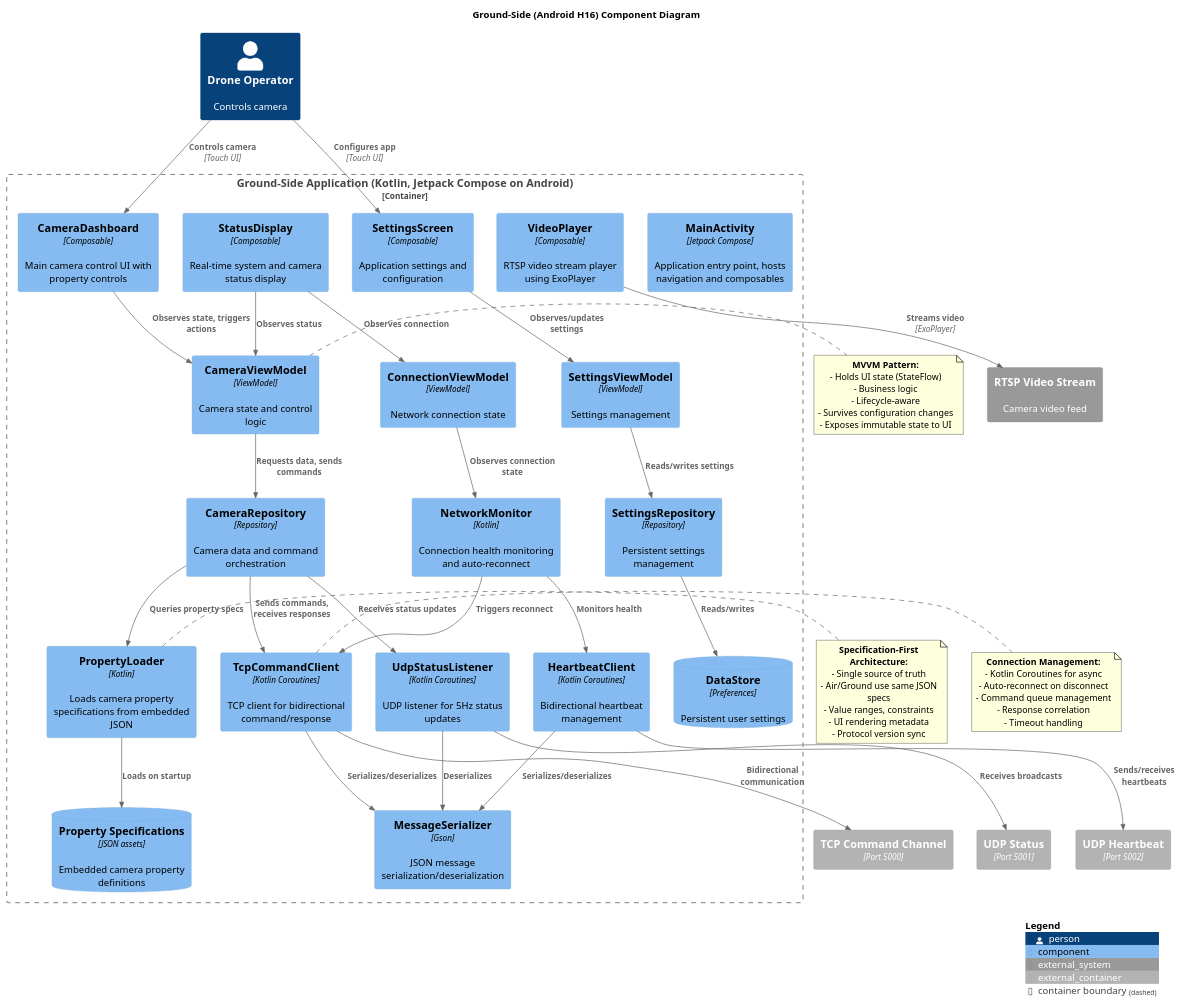
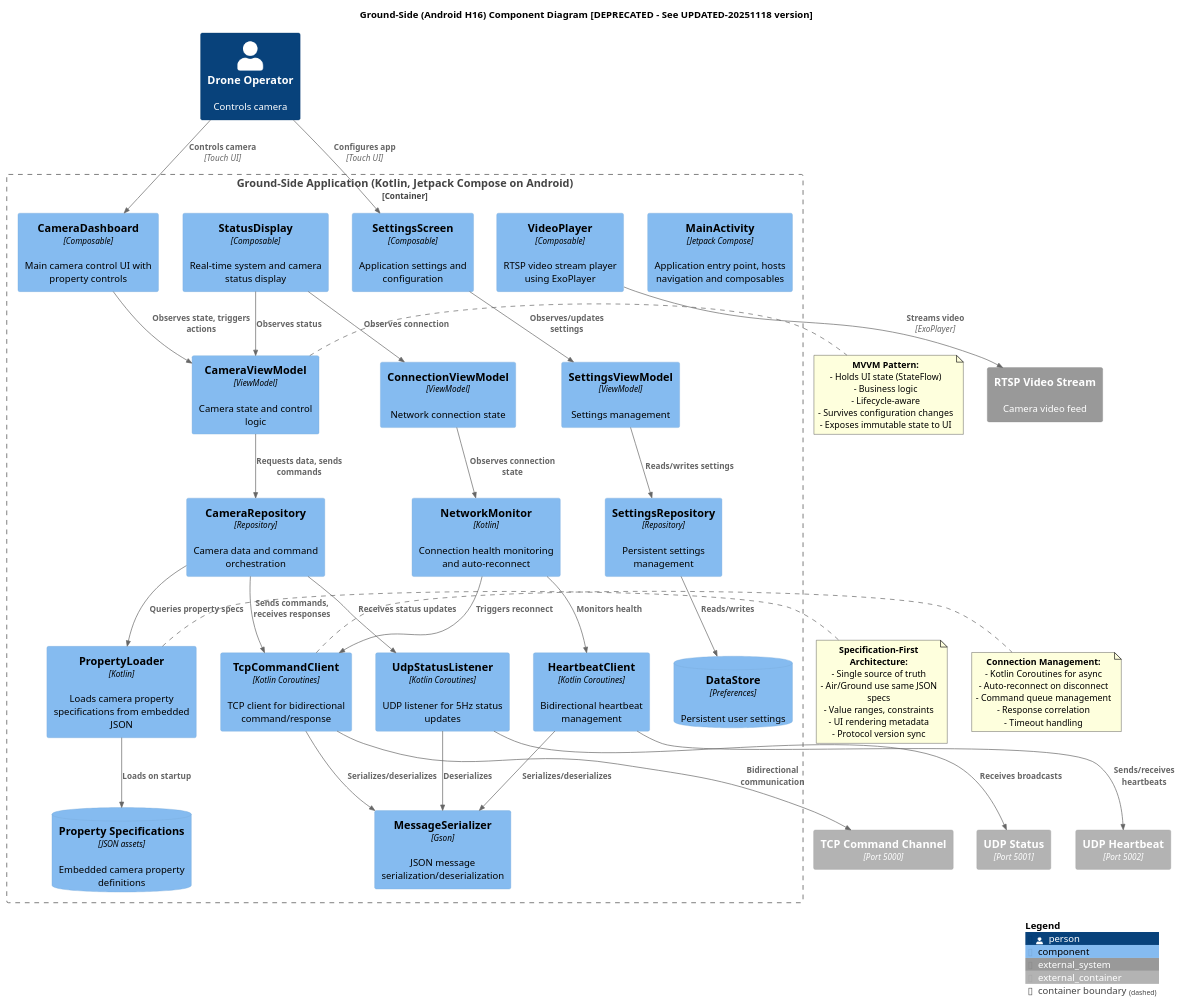
Before and after one commit to unmanned-systems-uk/DPM-V2: the diagram in docs/architecture/c4-level3-ground-side-components.puml, drawn with PlantUML. The commit also changed 4 other files, not shown here.

First line of the commit message:
[DOCS][ARCHITECTURE] Update Software Architecture Documentation v1.3

```diff
--- a/docs/architecture/c4-level3-ground-side-components.puml
+++ b/docs/architecture/c4-level3-ground-side-components.puml
@@ -1,112 +1,118 @@
 @startuml Ground-Side Component Diagram
 !include https://raw.githubusercontent.com/plantuml-stdlib/C4-PlantUML/master/C4_Component.puml
 
 ' Ground-Side Component Diagram (C4 Level 3)
 ' Shows internal components of the Ground-Side Android application
+'
+' **DEPRECATED:** 2025-11-18
+' **WHO:** CC-Ground-Side
+' **REASON:** Missing SystemTools logging integration components added in commit a2e3bdb
+' **USE INSTEAD:** c4-level3-ground-side-components-UPDATED-20251118.puml
+' **KEEPING FOR:** Historical reference, will be removed after validation period
 
-title Ground-Side (Android H16) Component Diagram
+title Ground-Side (Android H16) Component Diagram [DEPRECATED - See UPDATED-20251118 version]
 
 Container_Boundary(ground_side, "Ground-Side Application (Kotlin, Jetpack Compose on Android)") {
     ' UI Layer
     Component(main_activity, "MainActivity", "Jetpack Compose", "Application entry point, hosts navigation and composables")
     Component(camera_dashboard, "CameraDashboard", "Composable", "Main camera control UI with property controls")
     Component(settings_screen, "SettingsScreen", "Composable", "Application settings and configuration")
     Component(status_display, "StatusDisplay", "Composable", "Real-time system and camera status display")
     Component(video_player, "VideoPlayer", "Composable", "RTSP video stream player using ExoPlayer")
 
     ' ViewModel Layer (MVVM)
     Component(camera_viewmodel, "CameraViewModel", "ViewModel", "Camera state and control logic")
     Component(settings_viewmodel, "SettingsViewModel", "ViewModel", "Settings management")
     Component(connection_viewmodel, "ConnectionViewModel", "ViewModel", "Network connection state")
 
     ' Repository Layer
     Component(camera_repository, "CameraRepository", "Repository", "Camera data and command orchestration")
     Component(settings_repository, "SettingsRepository", "Repository", "Persistent settings management")
 
     ' Network Layer
     Component(tcp_client, "TcpCommandClient", "Kotlin Coroutines", "TCP client for bidirectional command/response")
     Component(udp_listener, "UdpStatusListener", "Kotlin Coroutines", "UDP listener for 5Hz status updates")
     Component(heartbeat_client, "HeartbeatClient", "Kotlin Coroutines", "Bidirectional heartbeat management")
     Component(network_monitor, "NetworkMonitor", "Kotlin", "Connection health monitoring and auto-reconnect")
 
     ' Data Layer
     Component(property_loader, "PropertyLoader", "Kotlin", "Loads camera property specifications from embedded JSON")
     Component(message_serializer, "MessageSerializer", "Gson", "JSON message serialization/deserialization")
 
     ComponentDb(property_specs, "Property Specifications", "JSON assets", "Embedded camera property definitions")
     ComponentDb(datastore, "DataStore", "Preferences", "Persistent user settings")
 }
 
 Person(operator, "Drone Operator", "Controls camera")
 Container_Ext(tcp_channel, "TCP Command Channel", "Port 5000")
 Container_Ext(udp_status, "UDP Status", "Port 5001")
 Container_Ext(udp_heartbeat, "UDP Heartbeat", "Port 5002")
 System_Ext(rtsp_stream, "RTSP Video Stream", "Camera video feed")
 
 ' Operator interaction
 Rel(operator, camera_dashboard, "Controls camera", "Touch UI")
 Rel(operator, settings_screen, "Configures app", "Touch UI")
 
 ' UI → ViewModel (MVVM pattern)
 Rel(camera_dashboard, camera_viewmodel, "Observes state, triggers actions")
 Rel(settings_screen, settings_viewmodel, "Observes/updates settings")
 Rel(status_display, camera_viewmodel, "Observes status")
 Rel(status_display, connection_viewmodel, "Observes connection")
 Rel(video_player, rtsp_stream, "Streams video", "ExoPlayer")
 
 ' ViewModel → Repository
 Rel(camera_viewmodel, camera_repository, "Requests data, sends commands")
 Rel(settings_viewmodel, settings_repository, "Reads/writes settings")
 Rel(connection_viewmodel, network_monitor, "Observes connection state")
 
 ' Repository → Network
 Rel(camera_repository, tcp_client, "Sends commands, receives responses")
 Rel(camera_repository, udp_listener, "Receives status updates")
 Rel(camera_repository, property_loader, "Queries property specs")
 
 ' Network Layer
 Rel(tcp_client, tcp_channel, "Bidirectional communication")
 Rel(udp_listener, udp_status, "Receives broadcasts")
 Rel(heartbeat_client, udp_heartbeat, "Sends/receives heartbeats")
 Rel(network_monitor, heartbeat_client, "Monitors health")
 Rel(network_monitor, tcp_client, "Triggers reconnect")
 
 ' Serialization
 Rel(tcp_client, message_serializer, "Serializes/deserializes")
 Rel(udp_listener, message_serializer, "Deserializes")
 Rel(heartbeat_client, message_serializer, "Serializes/deserializes")
 
 ' Data access
 Rel(property_loader, property_specs, "Loads on startup")
 Rel(settings_repository, datastore, "Reads/writes")
 
 SHOW_LEGEND()
 
 note right of camera_viewmodel
   **MVVM Pattern:**
   - Holds UI state (StateFlow)
   - Business logic
   - Lifecycle-aware
   - Survives configuration changes
   - Exposes immutable state to UI
 end note
 
 note right of property_loader
   **Specification-First Architecture:**
   - Single source of truth
   - Air/Ground use same JSON specs
   - Value ranges, constraints
   - UI rendering metadata
   - Protocol version sync
 end note
 
 note right of tcp_client
   **Connection Management:**
   - Kotlin Coroutines for async
   - Auto-reconnect on disconnect
   - Command queue management
   - Response correlation
   - Timeout handling
 end note
 
 @enduml
```
